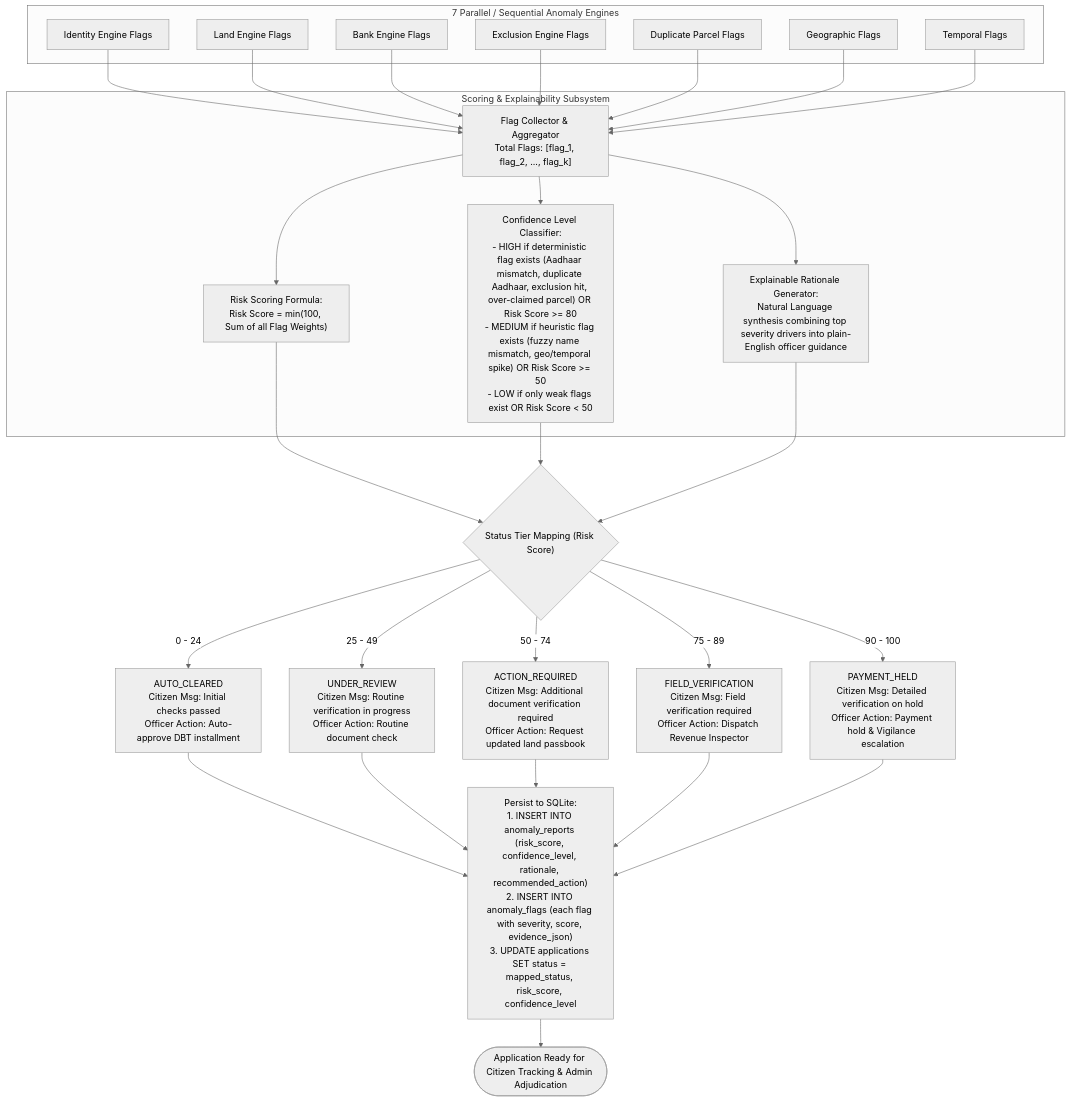
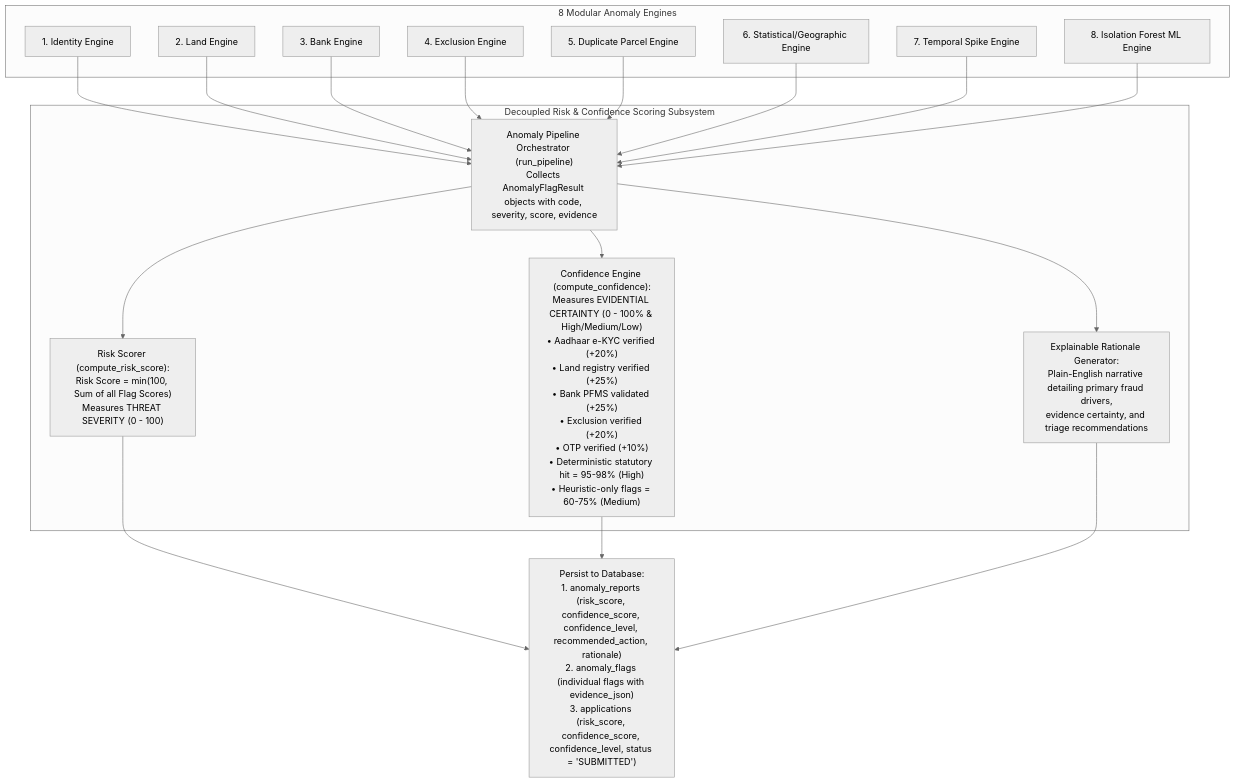
One commit to lohith889/HackSpora changed the ninth of 10 diagrams in ENGINE_WORKFLOWS.md. Above: the diagram before and after it, drawn with Mermaid (neutral theme). The commit also changed other lines of this file and 21 other files, not shown here.

Commit message:
feat(phase-4): add Isolation Forest ML engine, decoupled risk/confidence scoring, officer final decision gating, and ground-truth evaluation

````diff
--- a/ENGINE_WORKFLOWS.md
+++ b/ENGINE_WORKFLOWS.md
@@ -269,41 +295,25 @@
 ```mermaid
 flowchart TD
-    subgraph AllEngines["7 Parallel / Sequential Anomaly Engines"]
-        E1["Identity Engine Flags"]
-        E2["Land Engine Flags"]
-        E3["Bank Engine Flags"]
-        E4["Exclusion Engine Flags"]
-        E5["Duplicate Parcel Flags"]
-        E6["Geographic Flags"]
-        E7["Temporal Flags"]
+    subgraph AllEngines["8 Modular Anomaly Engines"]
+        E1["1. Identity Engine"]
+        E2["2. Land Engine"]
+        E3["3. Bank Engine"]
+        E4["4. Exclusion Engine"]
+        E5["5. Duplicate Parcel Engine"]
+        E6["6. Statistical/Geographic Engine"]
+        E7["7. Temporal Spike Engine"]
+        E8["8. Isolation Forest ML Engine"]
     end
 
-    E1 & E2 & E3 & E4 & E5 & E6 & E7 --> Aggregator["Flag Collector & Aggregator\nTotal Flags: [flag_1, flag_2, ..., flag_k]"]
+    E1 & E2 & E3 & E4 & E5 & E6 & E7 & E8 --> Aggregator["Anomaly Pipeline Orchestrator (run_pipeline)\nCollects AnomalyFlagResult objects with code, severity, score, evidence"]
 
-    subgraph ScoringSubsystem["Scoring & Explainability Subsystem"]
-        Aggregator --> Scorer["Risk Scoring Formula:\nRisk Score = min(100, Sum of all Flag Weights)"]
+    subgraph DecoupledScoring["Decoupled Risk & Confidence Scoring Subsystem"]
+        Aggregator --> RiskScorer["Risk Scorer (compute_risk_score):\nRisk Score = min(100, Sum of all Flag Scores)\nMeasures THREAT SEVERITY (0 - 100)"]
         
-        Aggregator --> Confidence["Confidence Level Classifier:
-- HIGH if deterministic flag exists (Aadhaar mismatch, duplicate Aadhaar, exclusion hit, over-claimed parcel) OR Risk Score >= 80
-- MEDIUM if heuristic flag exists (fuzzy name mismatch, geo/temporal spike) OR Risk Score >= 50
-- LOW if only weak flags exist OR Risk Score < 50"]
+        Aggregator --> ConfidenceEngine["Confidence Engine (compute_confidence):\nMeasures EVIDENTIAL CERTAINTY (0 - 100% & High/Medium/Low)\n• Aadhaar e-KYC verified (+20%)\n• Land registry verified (+25%)\n• Bank PFMS validated (+25%)\n• Exclusion verified (+20%)\n• OTP verified (+10%)\n• Deterministic statutory hit = 95-98% (High)\n• Heuristic-only flags = 60-75% (Medium)"]
 
-        Aggregator --> Rationale["Explainable Rationale Generator:
-Natural Language synthesis combining top severity drivers into plain-English officer guidance"]
+        Aggregator --> RationaleGen["Explainable Rationale Generator:\nPlain-English narrative detailing primary fraud drivers,\nevidence certainty, and triage recommendations"]
     end
 
-    Scorer & Confidence & Rationale --> StatusTiers{"Status Tier Mapping (Risk Score)"}
-
-    StatusTiers -->|"0 - 24"| S1["AUTO_CLEARED\nCitizen Msg: Initial checks passed\nOfficer Action: Auto-approve DBT installment"]
-    StatusTiers -->|"25 - 49"| S2["UNDER_REVIEW\nCitizen Msg: Routine verification in progress\nOfficer Action: Routine document check"]
-    StatusTiers -->|"50 - 74"| S3["ACTION_REQUIRED\nCitizen Msg: Additional document verification required\nOfficer Action: Request updated land passbook"]
-    StatusTiers -->|"75 - 89"| S4["FIELD_VERIFICATION\nCitizen Msg: Field verification required\nOfficer Action: Dispatch Revenue Inspector"]
-    StatusTiers -->|"90 - 100"| S5["PAYMENT_HELD\nCitizen Msg: Detailed verification on hold\nOfficer Action: Payment hold & Vigilance escalation"]
-
-    S1 & S2 & S3 & S4 & S5 --> Persist["Persist to SQLite:
-1. INSERT INTO anomaly_reports (risk_score, confidence_level, rationale, recommended_action)
-2. INSERT INTO anomaly_flags (each flag with severity, score, evidence_json)
-3. UPDATE applications SET status = mapped_status, risk_score, confidence_level"]
-
-    Persist --> EndState(["Application Ready for Citizen Tracking & Admin Adjudication"])
+    RiskScorer & ConfidenceEngine & RationaleGen --> PersistReport["Persist to Database:\n1. anomaly_reports (risk_score, confidence_score, confidence_level, recommended_action, rationale)\n2. anomaly_flags (individual flags with evidence_json)\n3. applications (risk_score, confidence_score, confidence_level, status = 'SUBMITTED')"]
 ```
````
